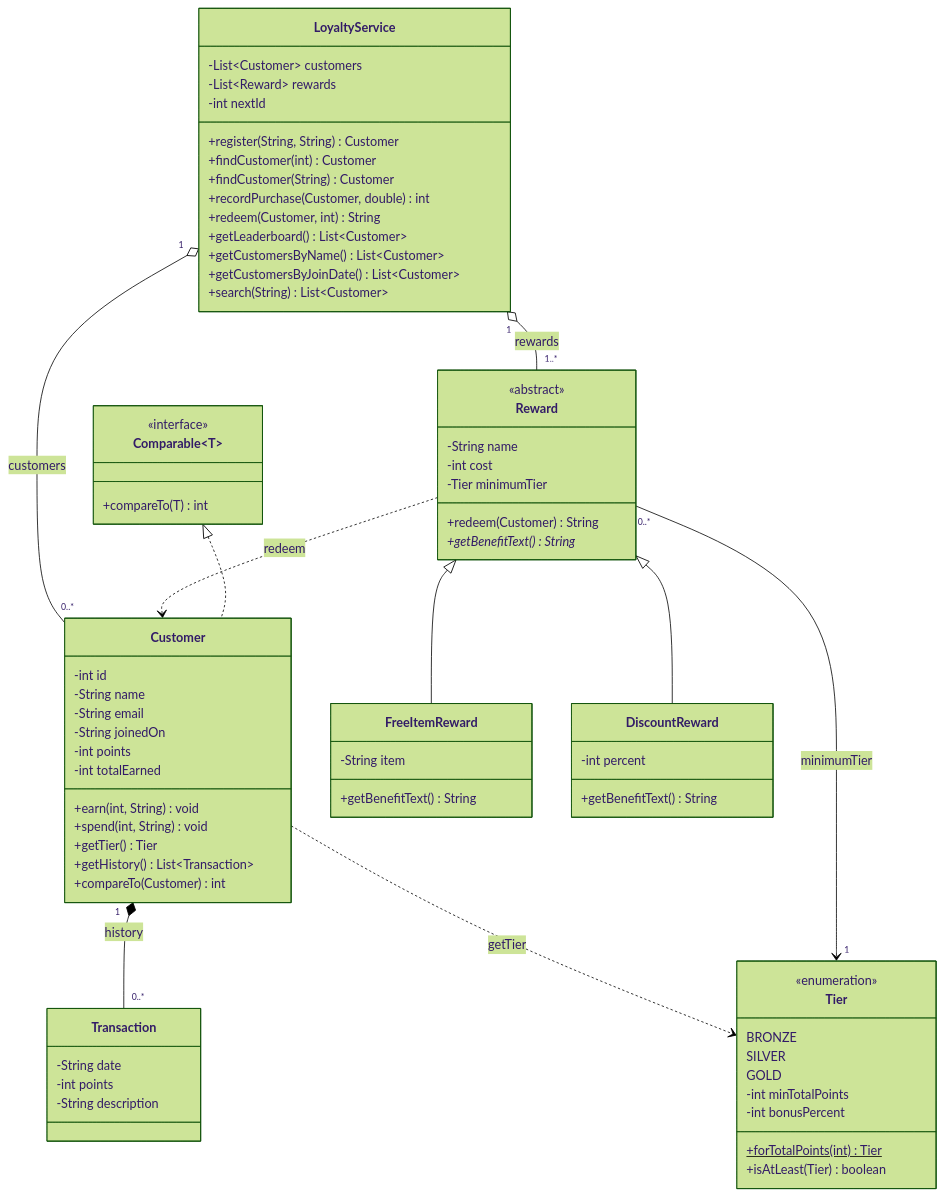
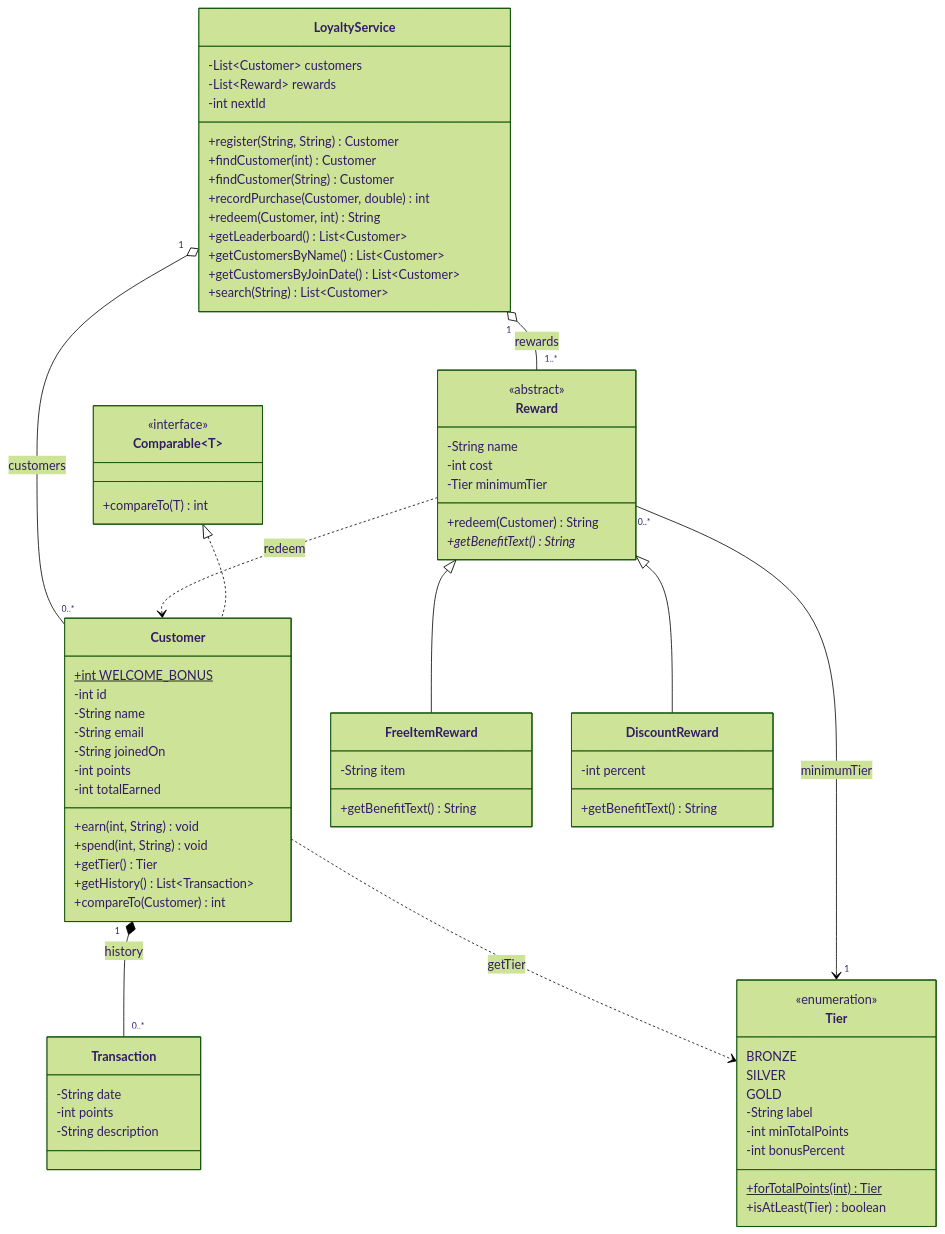
Before and after one commit to amrohus-maker/Final-Prog2-AmroHussein-LoyatyProgram: the first of 3 diagrams in docs/uml-class-diagram.md, drawn with Mermaid (forest theme). The commit also changed other lines of this file and 1 other file, not shown here.

Commit message:
Update README status and UML for the Day 2 classes (#4)

````diff
--- a/docs/uml-class-diagram.md
+++ b/docs/uml-class-diagram.md
@@ -14,6 +14,7 @@
 ```mermaid
 classDiagram
     class Customer {
+        +int WELCOME_BONUS$
         -int id
         -String name
         -String email
@@ -38,6 +39,7 @@
         BRONZE
         SILVER
         GOLD
+        -String label
         -int minTotalPoints
         -int bonusPercent
         +forTotalPoints(int)$ Tier
````
